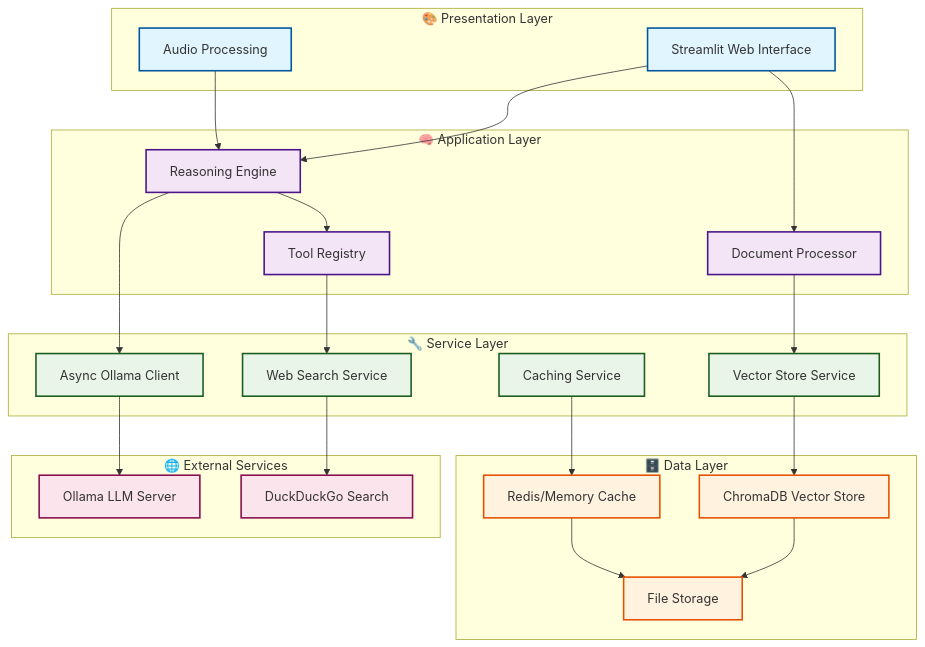
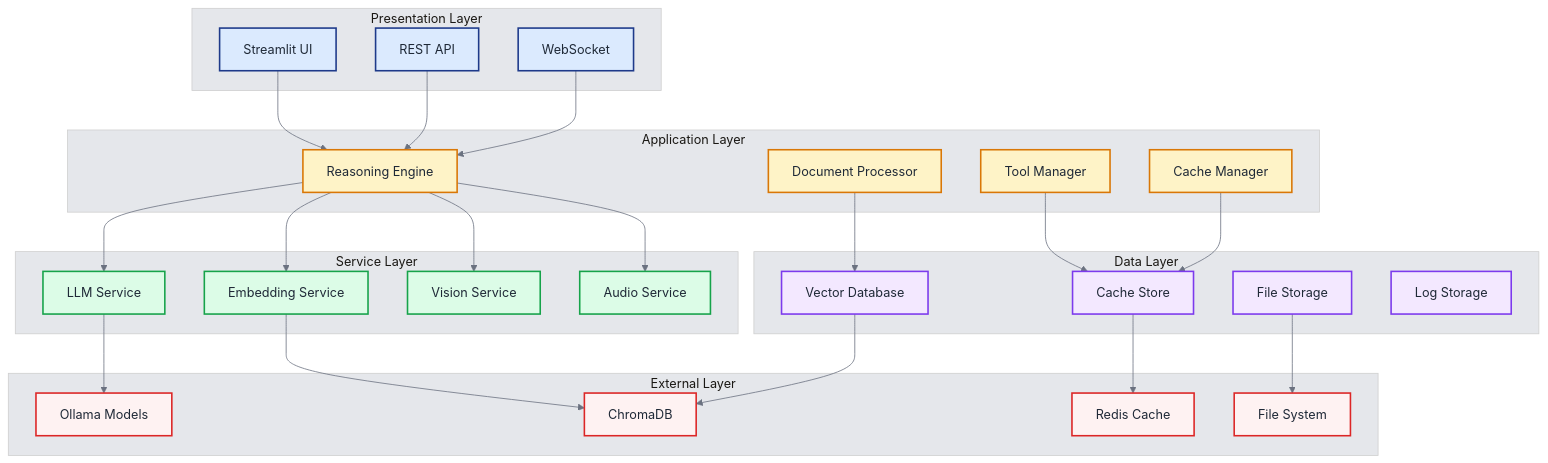
One commit to khaosans/basic-chat changed the first of 7 diagrams in docs/TECHNICAL_OVERVIEW.md. Above: the diagram before and after it, drawn with Mermaid. The commit also changed other lines of this file and 10 other files, not shown here.

````diff
--- a/docs/TECHNICAL_OVERVIEW.md
+++ b/docs/TECHNICAL_OVERVIEW.md
@@ -15,57 +23,68 @@
 ```mermaid
+%%{init: {'theme': 'base', 'themeVariables': { 'fontSize': '16px', 'fontFamily': 'Arial, sans-serif', 'primaryColor': '#1e3a8a', 'primaryTextColor': '#1f2937', 'primaryBorderColor': '#374151', 'lineColor': '#6b7280', 'secondaryColor': '#f3f4f6', 'tertiaryColor': '#e5e7eb', 'edgeLabelBackground': '#f9fafb'}}}%%
 graph TB
-    subgraph "🎨 Presentation Layer"
-        UI[Streamlit Web Interface]
-        AUDIO[Audio Processing]
+    subgraph "Presentation Layer"
+        UI[Streamlit UI]
+        API[REST API]
+        WS[WebSocket]
     end
     
-    subgraph "🧠 Application Layer"
+    subgraph "Application Layer"
         RE[Reasoning Engine]
         DP[Document Processor]
-        TR[Tool Registry]
+        TM[Tool Manager]
+        CM[Cache Manager]
     end
     
-    subgraph "🔧 Service Layer"
-        AO[Async Ollama Client]
-        VS[Vector Store Service]
-        CS[Caching Service]
-        WS[Web Search Service]
+    subgraph "Service Layer"
+        LLM[LLM Service]
+        EMB[Embedding Service]
+        VISION[Vision Service]
+        AUDIO[Audio Service]
     end
     
-    subgraph "🗄️ Data Layer"
-        CHROMA[ChromaDB Vector Store]
-        CACHE[Redis/Memory Cache]
+    subgraph "Data Layer"
+        VDB[Vector Database]
+        CACHE[Cache Store]
         FILES[File Storage]
+        LOGS[Log Storage]
     end
     
-    subgraph "🌐 External Services"
-        OLLAMA[Ollama LLM Server]
-        DDG[DuckDuckGo Search]
+    subgraph "External Layer"
+        OLLAMA[Ollama Models]
+        CHROMADB[ChromaDB]
+        REDIS[Redis Cache]
+        FILESYSTEM[File System]
     end
     
     UI --> RE
-    UI --> DP
-    AUDIO --> RE
-    RE --> AO
-    RE --> TR
-    DP --> VS
-    TR --> WS
-    AO --> OLLAMA
-    VS --> CHROMA
-    CS --> CACHE
-    WS --> DDG
-    CHROMA --> FILES
-    CACHE --> FILES
+    API --> RE
+    WS --> RE
     
-    classDef presentation fill:#E1F5FE,stroke:#01579B,stroke-width:2px
-    classDef application fill:#F3E5F5,stroke:#4A148C,stroke-width:2px
-    classDef service fill:#E8F5E8,stroke:#1B5E20,stroke-width:2px
-    classDef data fill:#FFF3E0,stroke:#E65100,stroke-width:2px
-    classDef external fill:#FCE4EC,stroke:#880E4F,stroke-width:2px
+    RE --> LLM
+    RE --> EMB
+    RE --> VISION
+    RE --> AUDIO
     
-    class UI,AUDIO presentation
-    class RE,DP,TR application
-    class AO,VS,CS,WS service
-    class CHROMA,CACHE,FILES data
-    class OLLAMA,DDG external
+    DP --> VDB
+    TM --> CACHE
+    CM --> CACHE
+    
+    LLM --> OLLAMA
+    EMB --> CHROMADB
+    VDB --> CHROMADB
+    CACHE --> REDIS
+    FILES --> FILESYSTEM
+    
+    classDef presentation fill:#dbeafe,stroke:#1e3a8a,stroke-width:2px,color:#1f2937
+    classDef application fill:#fef3c7,stroke:#d97706,stroke-width:2px,color:#1f2937
+    classDef service fill:#dcfce7,stroke:#16a34a,stroke-width:2px,color:#1f2937
+    classDef data fill:#f3e8ff,stroke:#7c3aed,stroke-width:2px,color:#1f2937
+    classDef external fill:#fef2f2,stroke:#dc2626,stroke-width:2px,color:#1f2937
+    
+    class UI,API,WS presentation
+    class RE,DP,TM,CM application
+    class LLM,EMB,VISION,AUDIO service
+    class VDB,CACHE,FILES,LOGS data
+    class OLLAMA,CHROMADB,REDIS,FILESYSTEM external
 ```
````
